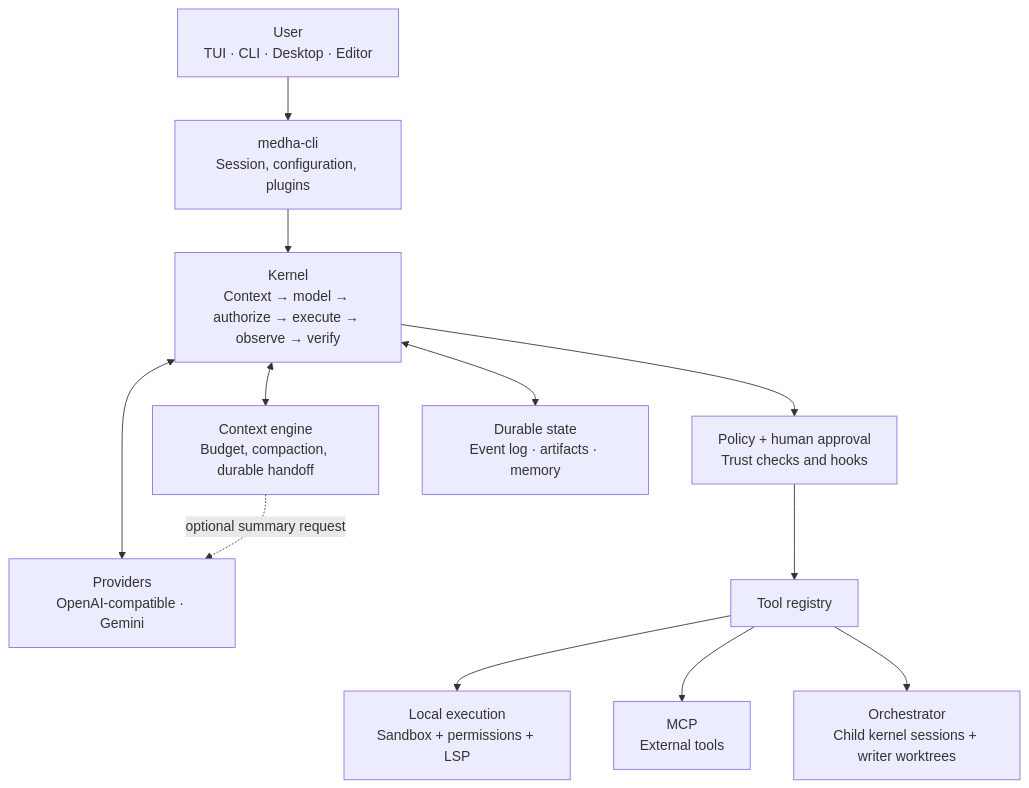
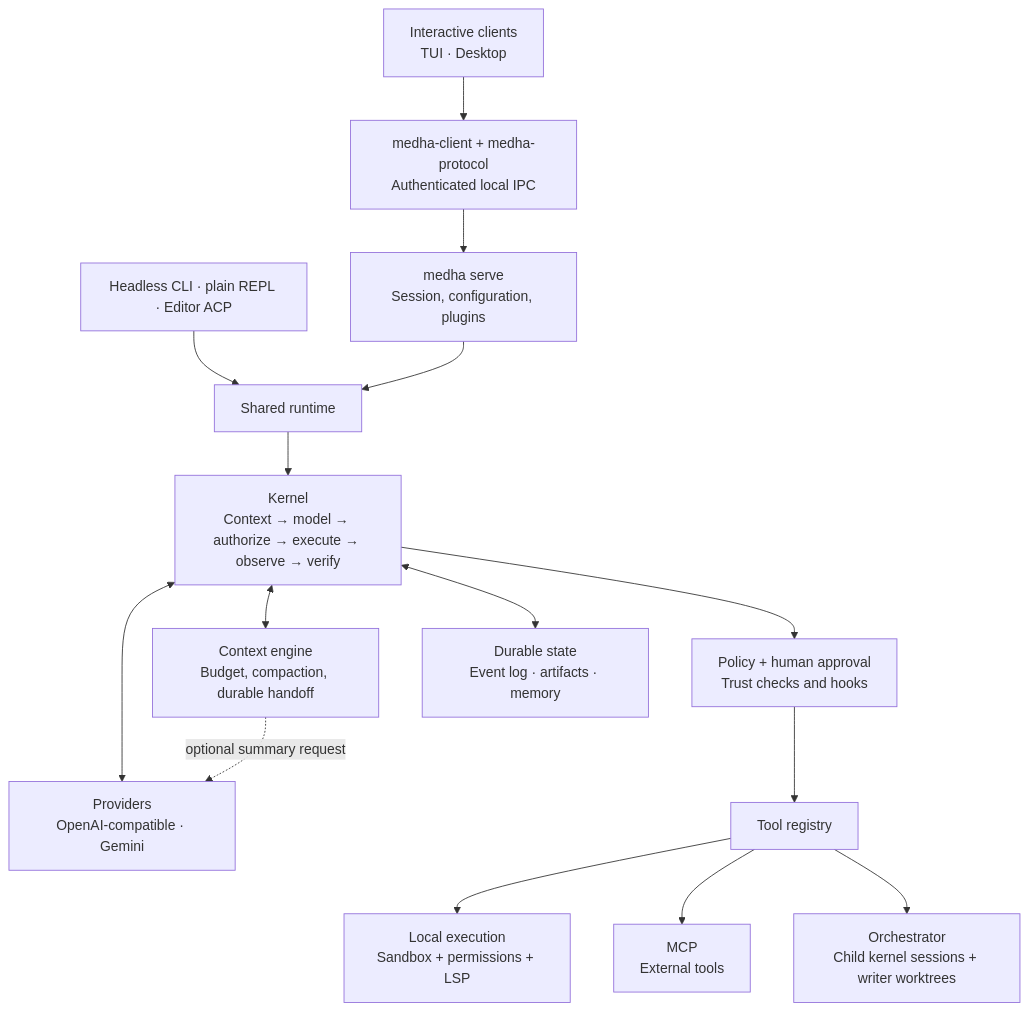
The diagram in README.md (kashyaprajharsh/medha-agent), drawn with Mermaid before and after one commit. The commit also changed other lines of this file and 57 other files, not shown here.

First line of the commit message:
feat(apps): complete the shared-backend TUI and viewer lifecycles

````diff
--- a/README.md
+++ b/README.md
@@ -285,14 +292,17 @@
 ```mermaid
 flowchart TB
-    UI["User<br/>TUI · CLI · Desktop · Editor"] --> CLI["medha-cli<br/>Session, configuration, plugins"]
-    CLI --> K["Kernel<br/>Context → model → authorize → execute → observe → verify"]
+    UI["Interactive clients<br/>TUI · Desktop"] --> CLIENT["medha-client + medha-protocol<br/>Authenticated local IPC"]
+    CLIENT --> CLI["medha serve<br/>Session, configuration, plugins"]
+    DIRECT["Headless CLI · plain REPL · Editor ACP"] --> RUNTIME["Shared runtime"]
+    CLI --> RUNTIME
+    RUNTIME --> K["Kernel<br/>Context → model → authorize → execute → observe → verify"]
     K <--> C["Context engine<br/>Budget, compaction, durable handoff"]
     K <--> P["Providers<br/>OpenAI-compatible · Gemini"]
     C -. "optional summary request" .-> P
     K --> G["Policy + human approval<br/>Trust checks and hooks"]
     G --> T["Tool registry"]
     T --> S["Local execution<br/>Sandbox + permissions + LSP"]
     T --> M["MCP<br/>External tools"]
     T --> A["Orchestrator<br/>Child kernel sessions + writer worktrees"]
     K <--> D["Durable state<br/>Event log · artifacts · memory"]
 ```
````
